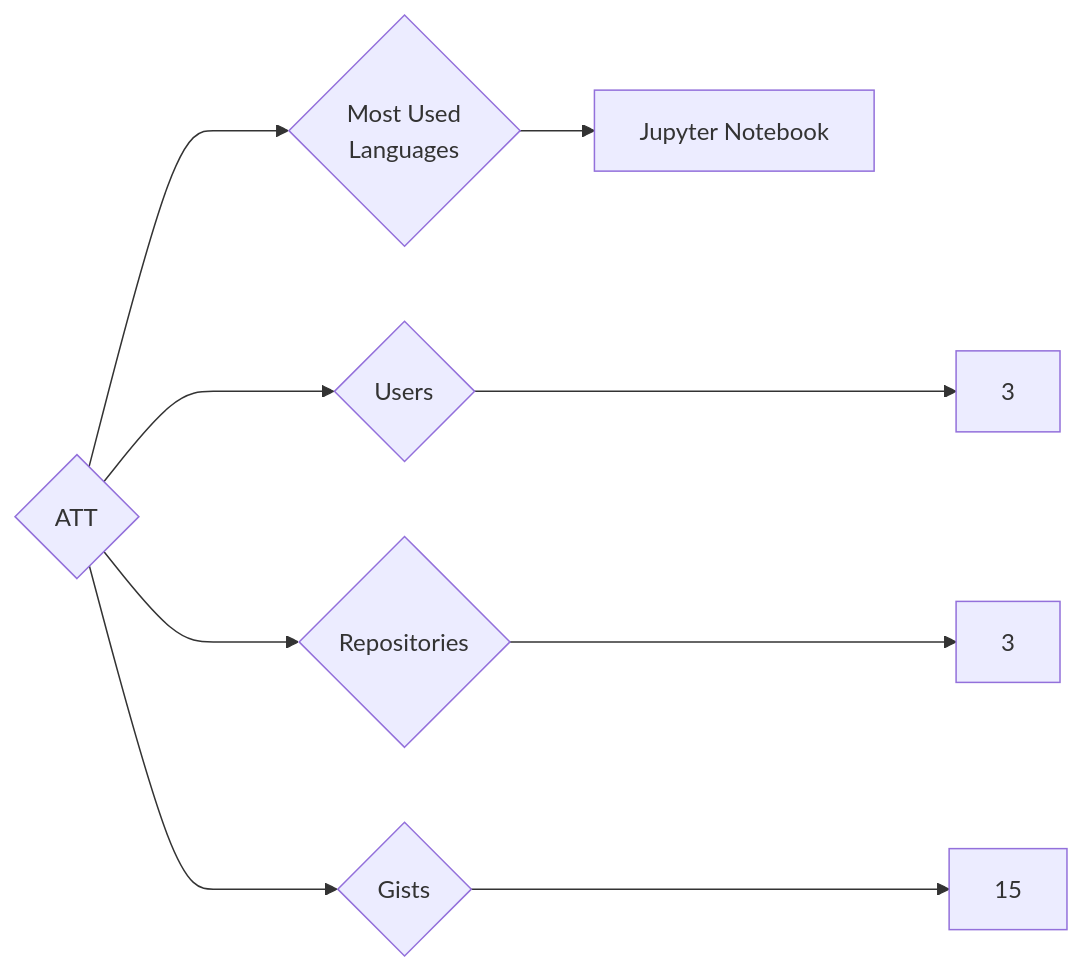
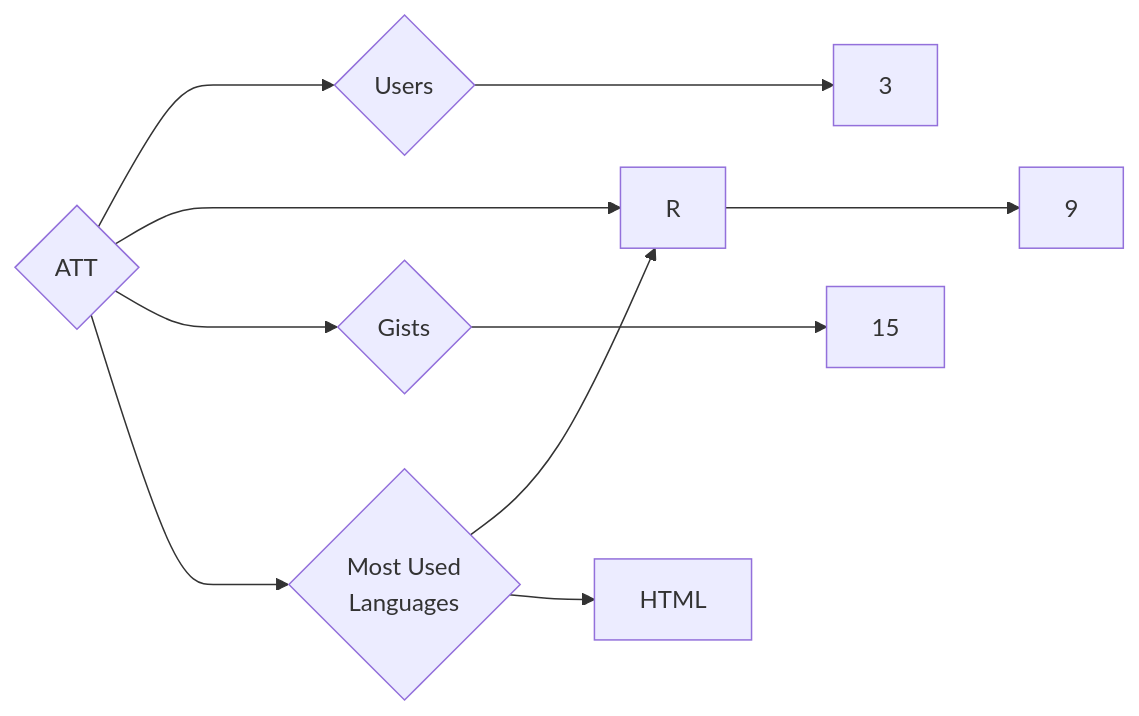
One commit to trickest/insiders changed the diagram in targets/ATT/README.md. Above: the diagram before and after it, drawn with Mermaid. The commit also changed 933 other files, not shown here.

````diff
--- a/targets/ATT/README.md
+++ b/targets/ATT/README.md
@@ -3,9 +3,10 @@
 ```mermaid
 graph LR
 COMPANY_NAME{ATT}
 COMPANY_NAME ---> U{Users} ---> UN[3]
-COMPANY_NAME ---> R{Repositories} ---> RN[3]
+COMPANY_NAME ---> R{Repositories} ---> RN[9]
 COMPANY_NAME ---> G{Gists} ---> GN[15]
 COMPANY_NAME ---> ML{Most Used<br>Languages}
-ML --> Jupyter_Notebook[Jupyter Notebook]
+ML --> R[R]
+ML --> HTML[HTML]
 ```
````
